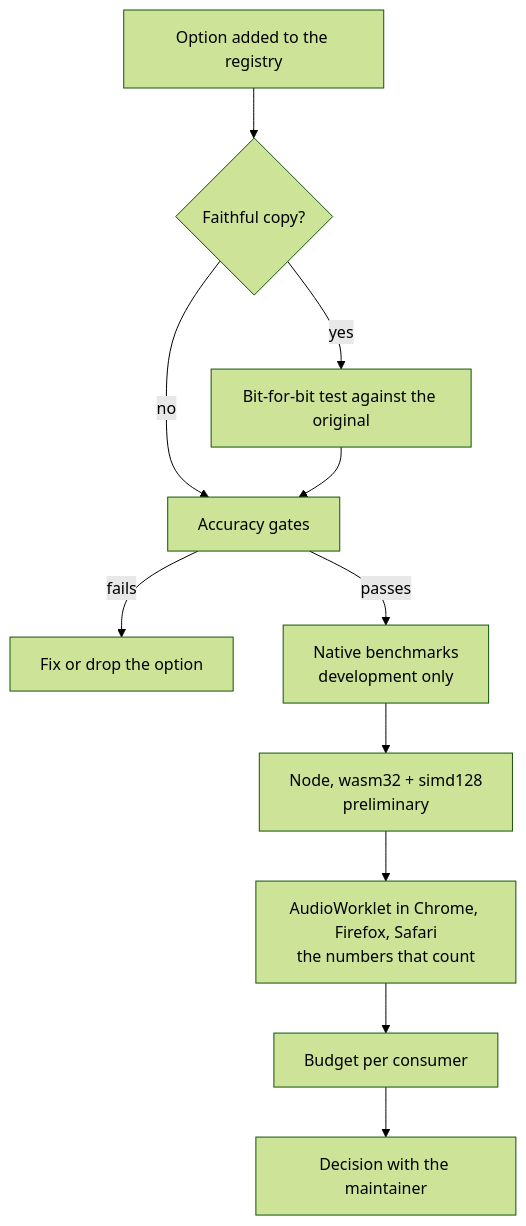
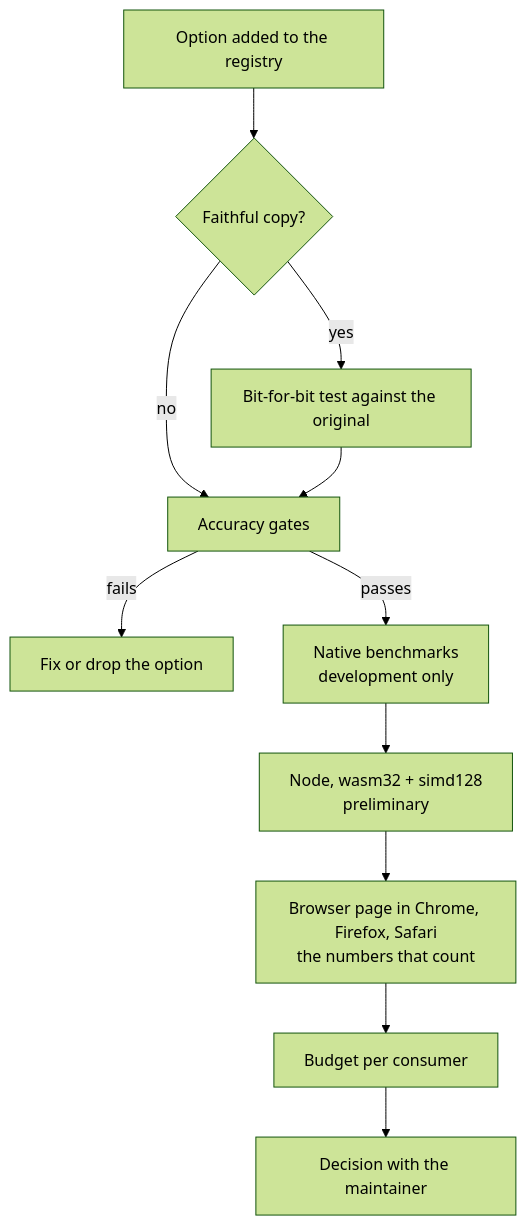
The diagram in crates/fft-bench/docs/workflow.md (BLyndon/openDAW), drawn with Mermaid (forest theme) before and after one commit. The commit also changed other lines of this file and 4 other files, not shown here.

Commit message:
docs(fft-bench): browser page in runbook, architecture, workflow and README

````diff
--- a/crates/fft-bench/docs/workflow.md
+++ b/crates/fft-bench/docs/workflow.md
@@ -7,13 +7,13 @@
 ```mermaid
 flowchart TD
     A[Option added to the registry] --> B{Faithful copy?}
     B -- yes --> C[Bit-for-bit test against the original]
     B -- no --> D[Accuracy gates]
     C --> D
     D -- fails --> X[Fix or drop the option]
     D -- passes --> E[Native benchmarks<br/>development only]
     E --> F[Node, wasm32 + simd128<br/>preliminary]
-    F --> G[AudioWorklet in Chrome, Firefox, Safari<br/>the numbers that count]
+    F --> G[Browser page in Chrome, Firefox, Safari<br/>the numbers that count]
     G --> H[Budget per consumer]
     H --> I[Decision with the maintainer]
 ```
````
